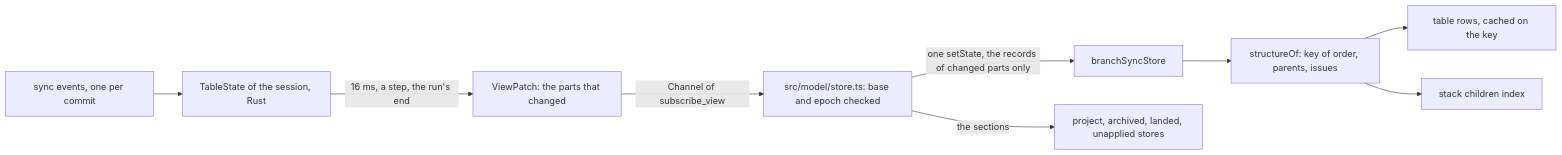
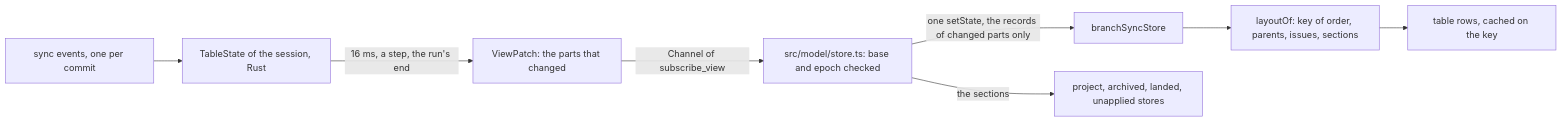
The diagram in docs/design/rendering-performance.md (develar/branch-deck), drawn with Mermaid before and after one commit. The commit also changed other lines of this file and 62 other files, not shown here.

````diff
--- a/docs/design/rendering-performance.md
+++ b/docs/design/rendering-performance.md
@@ -36,11 +36,10 @@
 ```mermaid
 flowchart LR
     E[sync events, one per commit] --> T[TableState of the session, Rust]
     T -->|16 ms, a step, the run's end| P[ViewPatch: the parts that changed]
     P -->|"Channel of subscribe_view"| A[src/model/store.ts: base and epoch checked]
     A -->|one setState, the records of changed parts only| S[branchSyncStore]
     A -->|the sections| O[project, archived, landed, unapplied stores]
-    S --> R[structureOf: key of order, parents, issues]
+    S --> R[layoutOf: key of order, parents, issues, sections]
     R --> W[table rows, cached on the key]
-    R --> K[stack children index]
 ```
````
